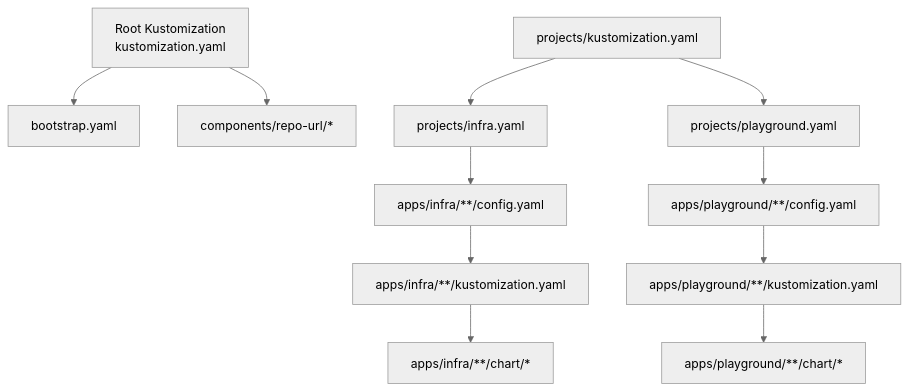
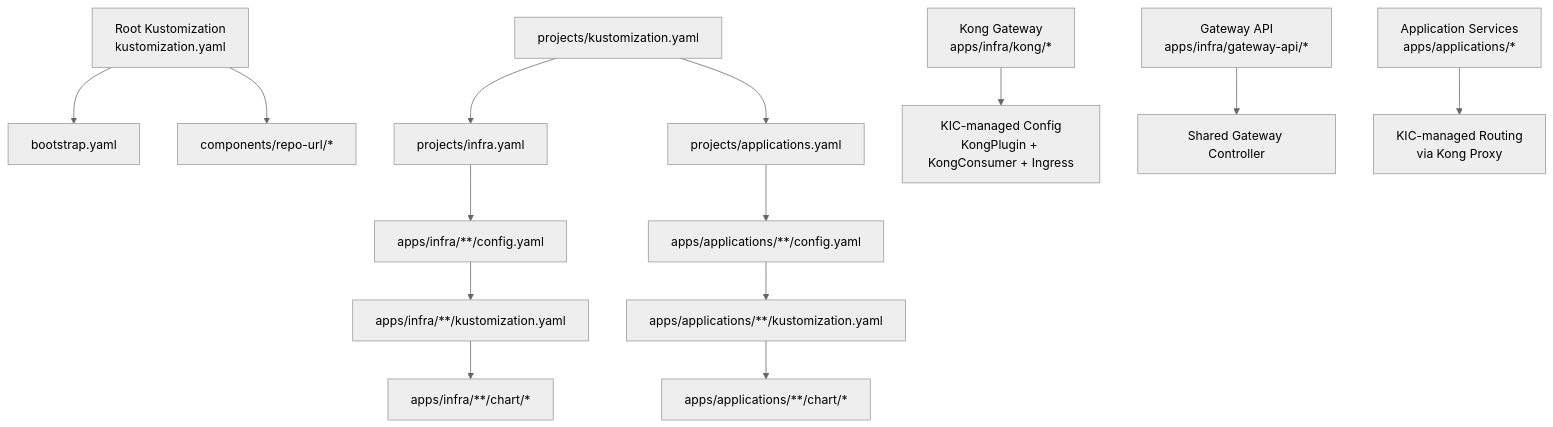
The first of 3 diagrams in .qoder/repowiki/en/content/Application Configuration/Application Configuration.md (Hoangvu75/k8s_manifest), drawn with Mermaid (neutral theme) before and after one commit. The commit also changed other lines of this file and 4 other files, not shown here.

````diff
--- a/.qoder/repowiki/en/content/Application Configuration/Application Configuration.md
+++ b/.qoder/repowiki/en/content/Application Configuration/Application Configuration.md
@@ -48,13 +68,16 @@
 ```mermaid
 graph TB
 A["Root Kustomization<br/>kustomization.yaml"] --> B["bootstrap.yaml"]
 A --> C["components/repo-url/*"]
 D["projects/kustomization.yaml"] --> E["projects/infra.yaml"]
-D --> F["projects/playground.yaml"]
+D --> F["projects/applications.yaml"]
 E --> G["apps/infra/**/config.yaml"]
-F --> H["apps/playground/**/config.yaml"]
+F --> H["apps/applications/**/config.yaml"]
 G --> I["apps/infra/**/kustomization.yaml"]
-H --> J["apps/playground/**/kustomization.yaml"]
+H --> J["apps/applications/**/kustomization.yaml"]
 I --> K["apps/infra/**/chart/*"]
-J --> L["apps/playground/**/chart/*"]
+J --> L["apps/applications/**/chart/*"]
+M["Kong Gateway<br/>apps/infra/kong/*"] --> N["KIC-managed Config<br/>KongPlugin + KongConsumer + Ingress"]
+O["Gateway API<br/>apps/infra/gateway-api/*"] --> P["Shared Gateway Controller"]
+Q["Application Services<br/>apps/applications/*"] --> R["KIC-managed Routing<br/>via Kong Proxy"]
 ```
````
